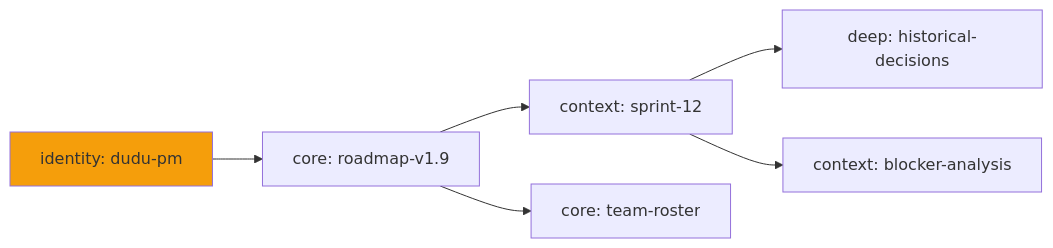
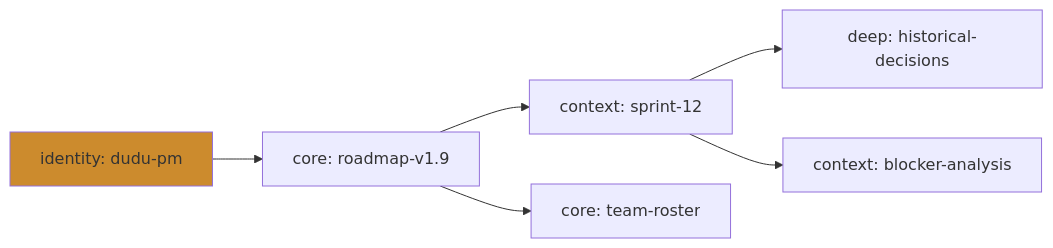
Before and after one commit to zhixuli0406/DuDuClaw: the diagram in docs/features/17-wiki-knowledge-layer.md, drawn with Mermaid. The commit also changed 23 other files, not shown here.

````diff
--- a/docs/features/17-wiki-knowledge-layer.md
+++ b/docs/features/17-wiki-knowledge-layer.md
@@ -151,11 +151,11 @@
 ```mermaid
 graph LR
   A[identity: dudu-pm]:::id --> B[core: roadmap-v1.9]
   B --> C[context: sprint-12]
   C --> D[deep: historical-decisions]
   C --> E[context: blocker-analysis]
   B --> F[core: team-roster]
 
-  classDef id fill:#f59e0b
+  classDef id fill:#CC8B2D
   classDef core fill:#fb923c
 ```
````
